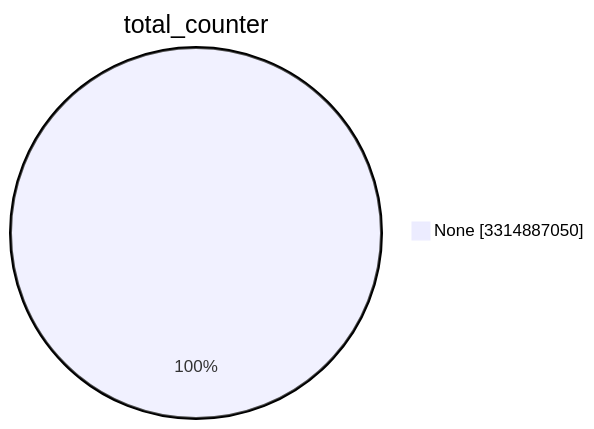
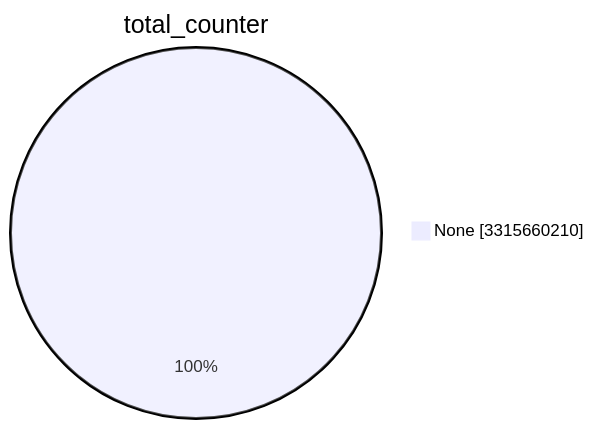
The first of 15 diagrams in TOTAL/README.md (christiankrug/ctmonitor_visualization), drawn with Mermaid before and after one commit. The commit also changed other lines of this file, not shown here.

````diff
--- a/TOTAL/README.md
+++ b/TOTAL/README.md
@@ -1,5 +1,5 @@
 ```mermaid
 pie showData
 title total_counter
-"None" :3314887050
+"None" :3315660210
 ```
````
